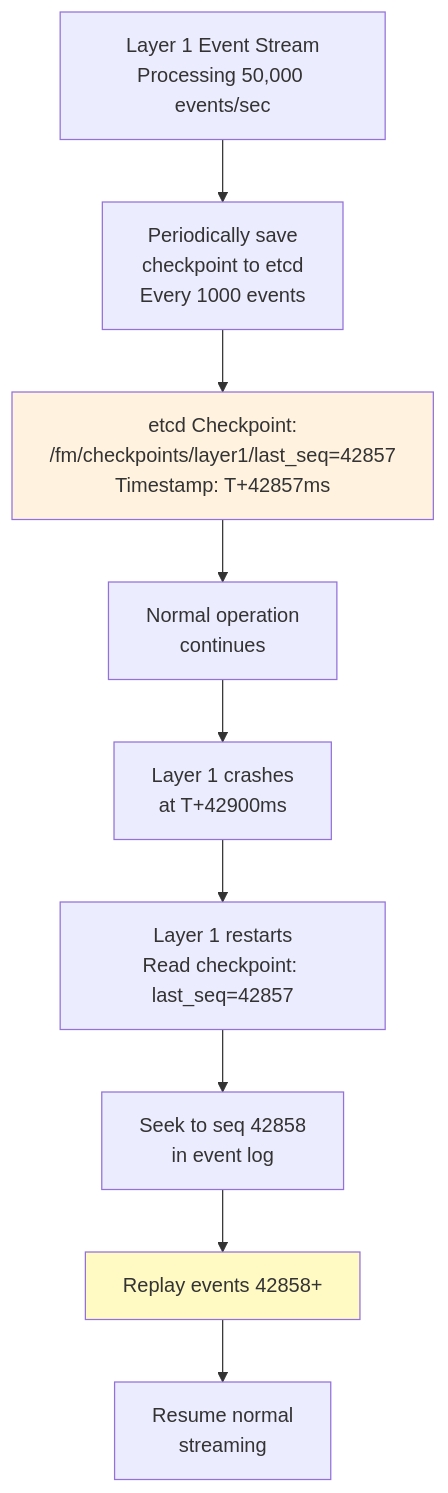
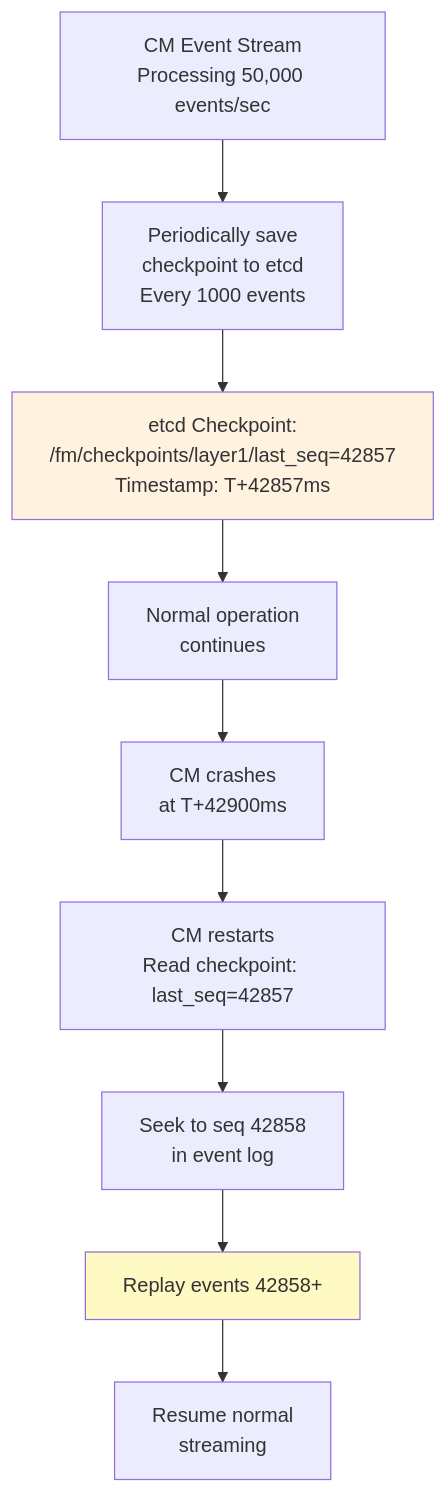
One commit to rashmirrout/DashFabric changed the fifth of 7 diagrams in docs/FM-Designs/FM_DESIGN_VERSIONING_DEDUP_SUPER_ENHANCED.md. Above: the diagram before and after it, drawn with Mermaid. The commit also changed other lines of this file and 32 other files, not shown here.

````diff
--- a/docs/FM-Designs/FM_DESIGN_VERSIONING_DEDUP_SUPER_ENHANCED.md
+++ b/docs/FM-Designs/FM_DESIGN_VERSIONING_DEDUP_SUPER_ENHANCED.md
@@ -365,32 +365,32 @@
 ```mermaid
 graph TD
-    A["Layer 1 Event Stream<br/>Processing 50,000 events/sec"]
+    A["CM Event Stream<br/>Processing 50,000 events/sec"]
     
     B["Periodically save<br/>checkpoint to etcd<br/>Every 1000 events"]
     
     C["etcd Checkpoint:<br/>/fm/checkpoints/layer1/last_seq=42857<br/>Timestamp: T+42857ms"]
     
     D["Normal operation<br/>continues"]
     
-    E["Layer 1 crashes<br/>at T+42900ms"]
+    E["CM crashes<br/>at T+42900ms"]
     
-    F["Layer 1 restarts<br/>Read checkpoint: last_seq=42857"]
+    F["CM restarts<br/>Read checkpoint: last_seq=42857"]
     
     G["Seek to seq 42858<br/>in event log"]
     
     H["Replay events 42858+"]
     
     I["Resume normal<br/>streaming"]
     
     A --> B
     B --> C
     C --> D
     D --> E
     E --> F
     F --> G
     G --> H
     H --> I
     
     style C fill:#fff3e0
     style H fill:#fff9c4
 ```
````
